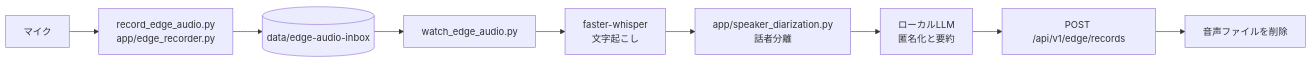
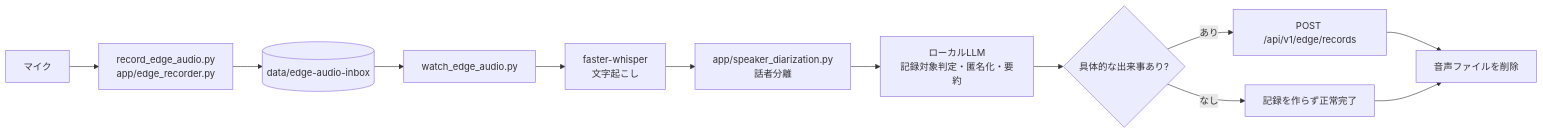
The first of 2 diagrams in docs/architecture/audio-pipeline.md (fuji0567/small-step), drawn with Mermaid before and after one commit. The commit also changed other lines of this file and 46 other files, not shown here.

````diff
--- a/docs/architecture/audio-pipeline.md
+++ b/docs/architecture/audio-pipeline.md
@@ -25,11 +25,14 @@
 ```mermaid
 flowchart LR
     MIC["マイク"] --> REC["record_edge_audio.py<br/>app/edge_recorder.py"]
     REC --> INBOX[("data/edge-audio-inbox")]
     INBOX --> WATCH["watch_edge_audio.py"]
     WATCH --> TRANS["faster-whisper<br/>文字起こし"]
     TRANS --> DIAR["app/speaker_diarization.py<br/>話者分離"]
-    DIAR --> LLM["ローカルLLM<br/>匿名化と要約"]
-    LLM --> POST["POST /api/v1/edge/records"]
+    DIAR --> LLM["ローカルLLM<br/>記録対象判定・匿名化・要約"]
+    LLM --> JUDGE{"具体的な出来事あり?"}
+    JUDGE -->|あり| POST["POST /api/v1/edge/records"]
+    JUDGE -->|なし| SKIP["記録を作らず正常完了"]
     POST --> DEL["音声ファイルを削除"]
+    SKIP --> DEL
 ```
````
